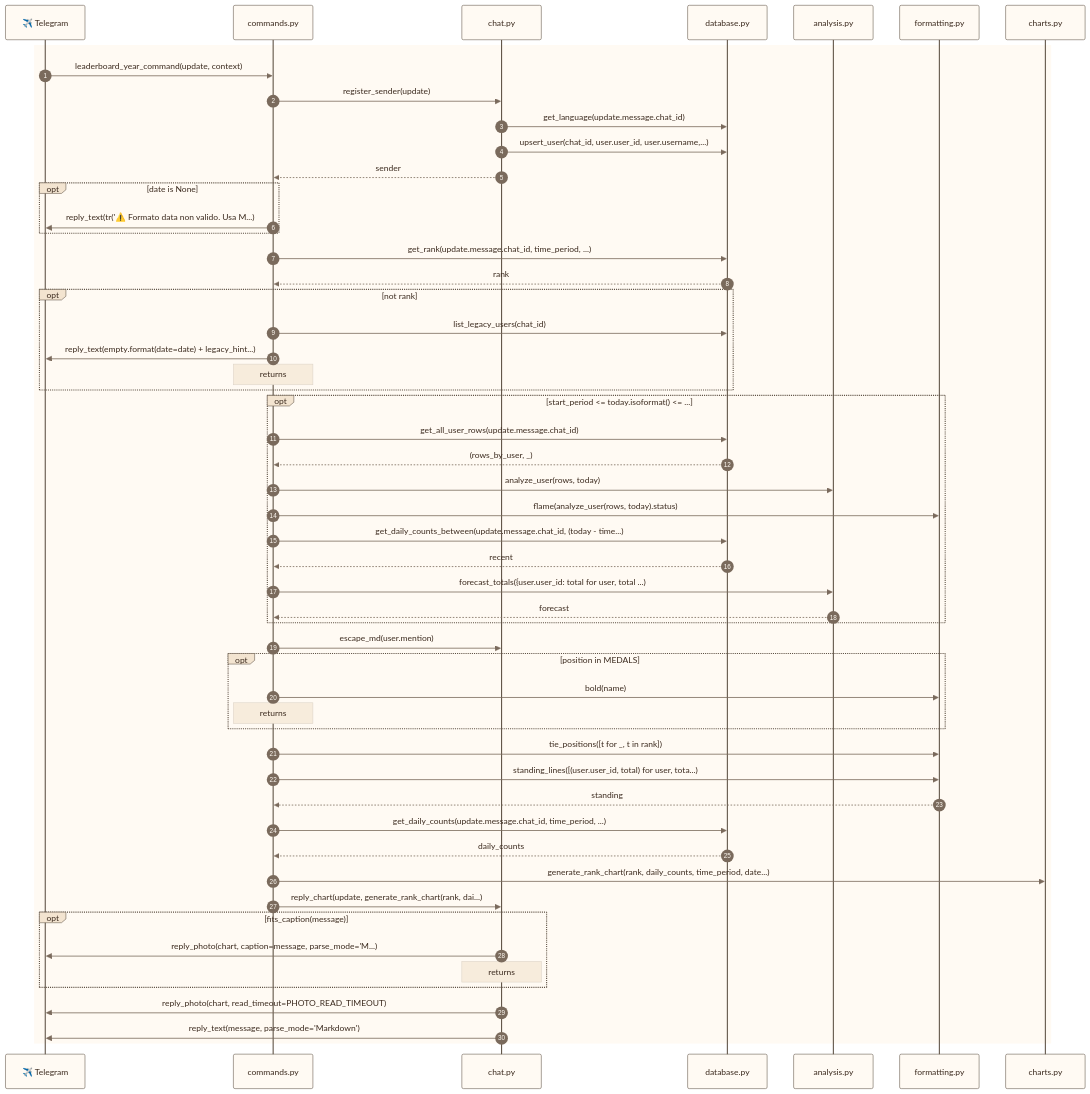
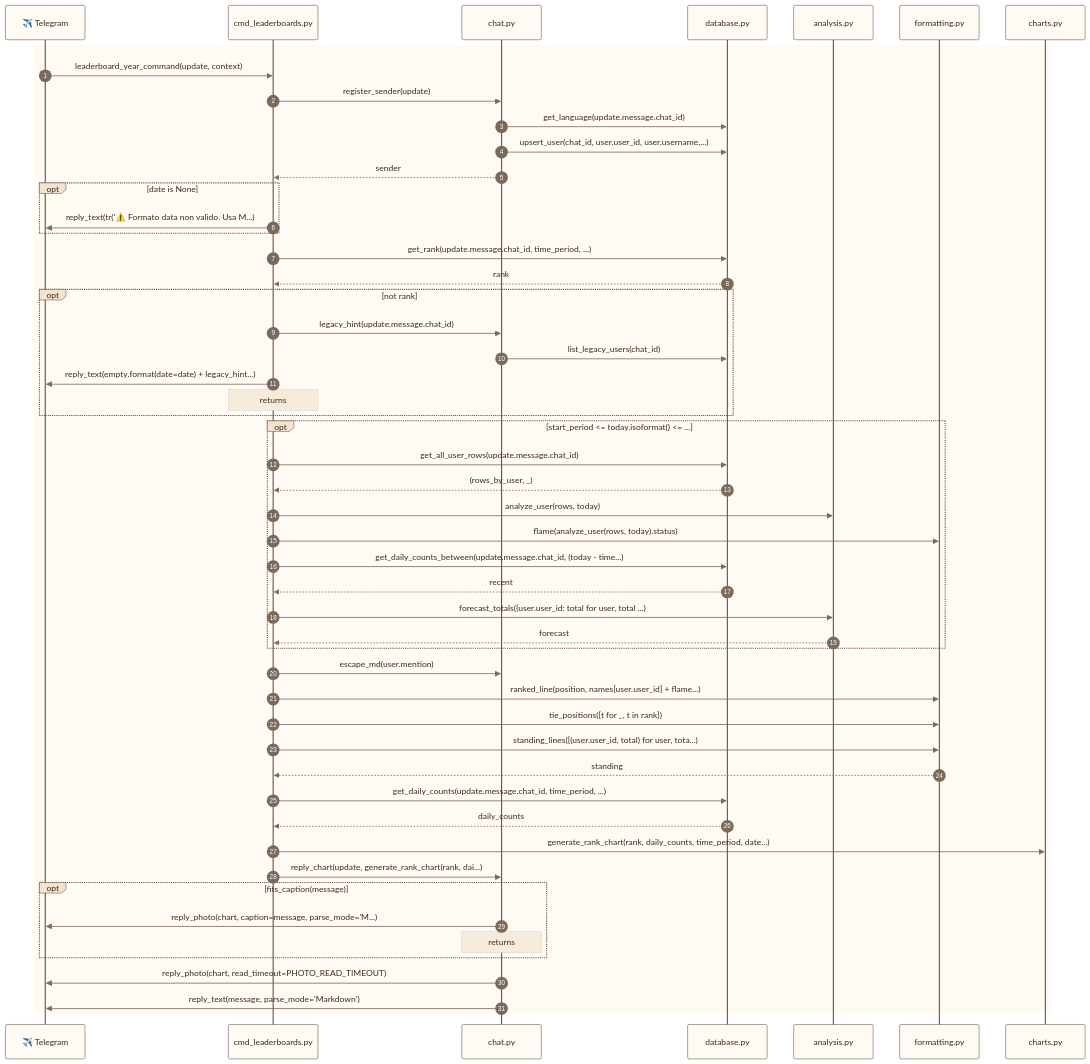
One commit to francescoperrino/Caccometro changed the sixth of 42 diagrams in docs/use_cases.md. Above: the diagram before and after it, drawn with Mermaid. The commit also changed other lines of this file and 30 other files, not shown here.

```diff
--- a/docs/use_cases.md
+++ b/docs/use_cases.md
@@ -423,53 +421,51 @@
 ---
 sequenceDiagram
     accTitle: Sequence diagram, /leaderboard_year (/classifica_anno)
-    accDescr: The calls between the modules in time order, starting from commands.leaderboard_year_command
+    accDescr: The calls between the modules in time order, starting from cmd_leaderboards.leaderboard_year_command
     autonumber
     participant telegram as ✈️ Telegram
-    participant commands as commands.py
+    participant cmd_leaderboards as cmd_leaderboards.py
     participant chat as chat.py
     participant database as database.py
     participant analysis as analysis.py
     participant formatting as formatting.py
     participant charts as charts.py
     rect rgb(255, 250, 243)
-        telegram->>commands: leaderboard_year_command(update, context)
-        commands->>chat: register_sender(update)
+        telegram->>cmd_leaderboards: leaderboard_year_command(update, context)
+        cmd_leaderboards->>chat: register_sender(update)
         chat->>database: get_language(update.message.chat_id)
         chat->>database: upsert_user(chat_id, user.user_id, user.username,...)
-        chat-->>commands: sender
+        chat-->>cmd_leaderboards: sender
         opt date is None
-            commands->>telegram: reply_text(tr('⚠️ Formato data non valido. Usa M...)
+            cmd_leaderboards->>telegram: reply_text(tr('⚠️ Formato data non valido. Usa M...)
         end
-        commands->>database: get_rank(update.message.chat_id, time_period, ...)
-        database-->>commands: rank
+        cmd_leaderboards->>database: get_rank(update.message.chat_id, time_period, ...)
+        database-->>cmd_leaderboards: rank
         opt not rank
-            commands->>database: list_legacy_users(chat_id)
-            commands->>telegram: reply_text(empty.format(date=date) + legacy_hint...)
-            Note over commands: returns
+            cmd_leaderboards->>chat: legacy_hint(update.message.chat_id)
+            chat->>database: list_legacy_users(chat_id)
+            cmd_leaderboards->>telegram: reply_text(empty.format(date=date) + legacy_hint...)
+            Note over cmd_leaderboards: returns
         end
         opt start_period <= today.isoformat() <= ...
-            commands->>database: get_all_user_rows(update.message.chat_id)
-            database-->>commands: (rows_by_user, _)
-            commands->>analysis: analyze_user(rows, today)
-            commands->>formatting: flame(analyze_user(rows, today).status)
-            commands->>database: get_daily_counts_between(update.message.chat_id, (today - time...)
-            database-->>commands: recent
-            commands->>analysis: forecast_totals({user.user_id: total for user, total ...)
-            analysis-->>commands: forecast
+            cmd_leaderboards->>database: get_all_user_rows(update.message.chat_id)
+            database-->>cmd_leaderboards: (rows_by_user, _)
+            cmd_leaderboards->>analysis: analyze_user(rows, today)
+            cmd_leaderboards->>formatting: flame(analyze_user(rows, today).status)
+            cmd_leaderboards->>database: get_daily_counts_between(update.message.chat_id, (today - time...)
+            database-->>cmd_leaderboards: recent
+            cmd_leaderboards->>analysis: forecast_totals({user.user_id: total for user, total ...)
+            analysis-->>cmd_leaderboards: forecast
         end
-        commands->>chat: escape_md(user.mention)
-        opt position in MEDALS
-            commands->>formatting: bold(name)
-            Note over commands: returns
-        end
-        commands->>formatting: tie_positions([t for _, t in rank])
-        commands->>formatting: standing_lines([(user.user_id, total) for user, tota...)
-        formatting-->>commands: standing
-        commands->>database: get_daily_counts(update.message.chat_id, time_period, ...)
-        database-->>commands: daily_counts
-        commands->>charts: generate_rank_chart(rank, daily_counts, time_period, date...)
-        commands->>chat: reply_chart(update, generate_rank_chart(rank, dai...)
+        cmd_leaderboards->>chat: escape_md(user.mention)
+        cmd_leaderboards->>formatting: ranked_line(position, names[user.user_id] + flame...)
+        cmd_leaderboards->>formatting: tie_positions([t for _, t in rank])
+        cmd_leaderboards->>formatting: standing_lines([(user.user_id, total) for user, tota...)
+        formatting-->>cmd_leaderboards: standing
+        cmd_leaderboards->>database: get_daily_counts(update.message.chat_id, time_period, ...)
+        database-->>cmd_leaderboards: daily_counts
+        cmd_leaderboards->>charts: generate_rank_chart(rank, daily_counts, time_period, date...)
+        cmd_leaderboards->>chat: reply_chart(update, generate_rank_chart(rank, dai...)
         opt fits_caption(message)
             chat->>telegram: reply_photo(chart, caption=message, parse_mode='M...)
             Note over chat: returns
```
